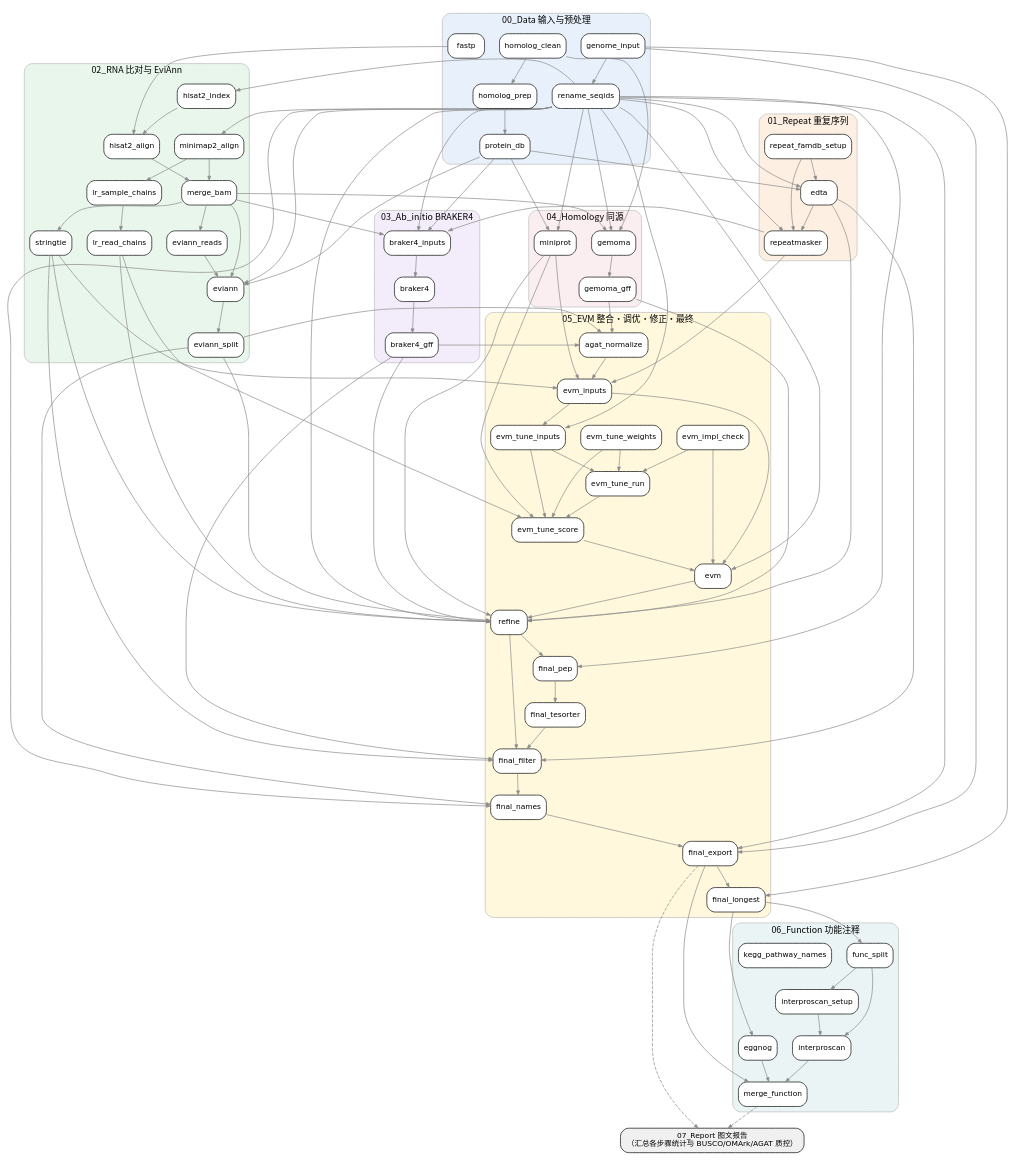
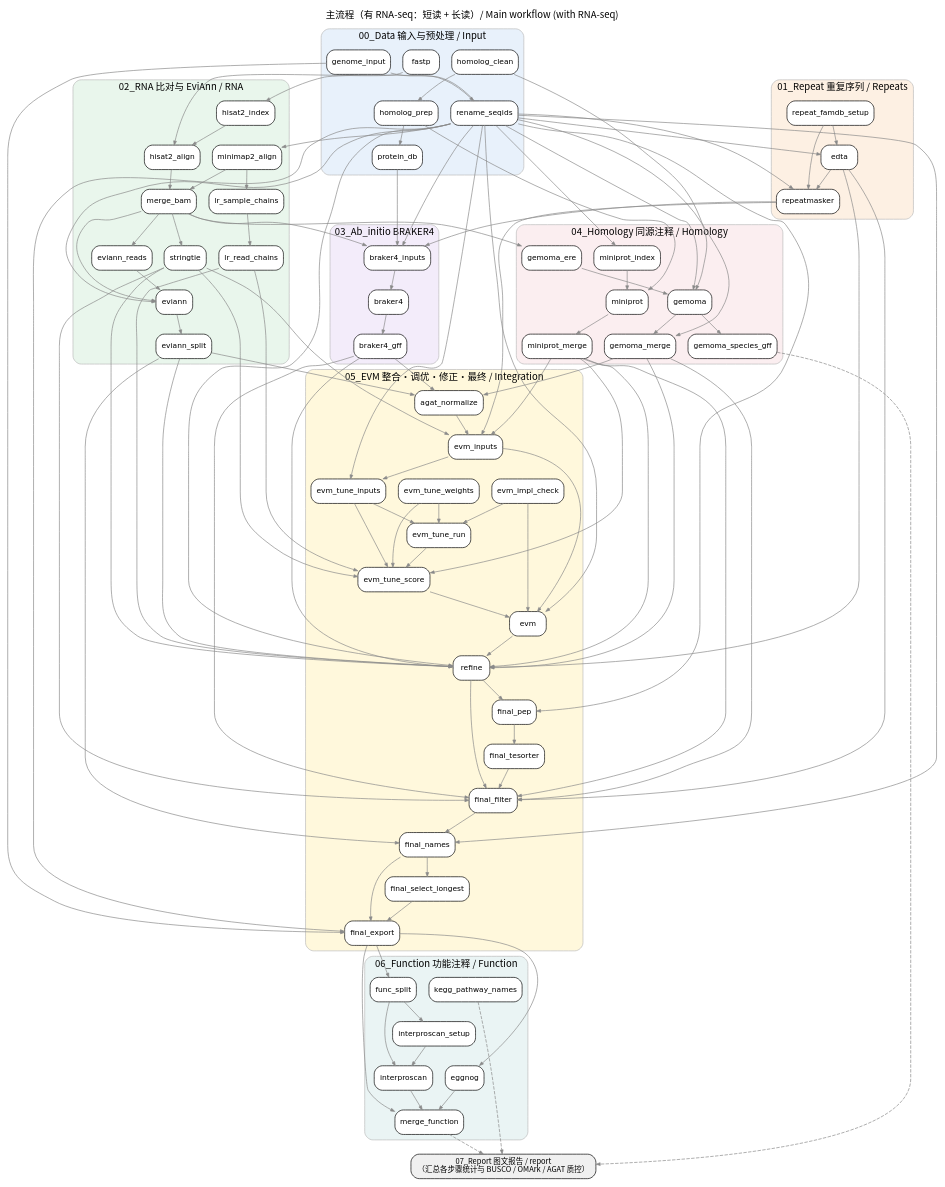
One commit to JiyangChang/Concordia changed the diagram in docs/workflow_main.dot. Above: the diagram before and after it, drawn with Graphviz. The commit also changed 12 other files, not shown here.

First line of the commit message:
docs: regenerate workflow diagrams from the current rules

```diff
--- a/docs/workflow_main.dot
+++ b/docs/workflow_main.dot
@@ -1,158 +1,169 @@
-digraph main {
-  graph [rankdir=TB, fontname="Noto Sans CJK SC", fontsize=13, nodesep=0.3, ranksep=0.45, compound=true];
+digraph workflow {
+  graph [rankdir=TB, fontname="Noto Sans CJK SC", fontsize=14, nodesep=0.25, ranksep=0.4, labelloc=t, label="主流程（有 RNA-seq：短读 + 长读）/ Main workflow (with RNA-seq)", compound=true];
   node [shape=box, style="rounded,filled", fillcolor=white, fontname="DejaVu Sans", fontsize=11];
   edge [color="#8a8a8a", arrowsize=0.6];
-  subgraph cluster_0 { label="00_Data 输入与预处理"; style="rounded,filled"; fillcolor="#e8f1fb"; color="#bbbbbb";
-    "genome_input";
-    "rename_seqids";
-    "fastp";
-    "homolog_clean";
-    "homolog_prep";
-    "protein_db";
+  subgraph cluster_0 { label="00_Data 输入与预处理 / Input"; style="rounded,filled"; fillcolor="#e8f1fb"; color="#bbbbbb"; fontname="Noto Sans CJK SC";
+    "fastp" [label="fastp"];
+    "genome_input" [label="genome_input"];
+    "homolog_clean" [label="homolog_clean"];
+    "homolog_prep" [label="homolog_prep"];
+    "protein_db" [label="protein_db"];
+    "rename_seqids" [label="rename_seqids"];
   }
-  subgraph cluster_1 { label="01_Repeat 重复序列"; style="rounded,filled"; fillcolor="#fdf0e3"; color="#bbbbbb";
-    "repeat_famdb_setup";
-    "edta";
-    "repeatmasker";
+  subgraph cluster_1 { label="01_Repeat 重复序列 / Repeats"; style="rounded,filled"; fillcolor="#fdf0e3"; color="#bbbbbb"; fontname="Noto Sans CJK SC";
+    "edta" [label="edta"];
+    "repeat_famdb_setup" [label="repeat_famdb_setup"];
+    "repeatmasker" [label="repeatmasker"];
   }
-  subgraph cluster_2 { label="02_RNA 比对与 EviAnn"; style="rounded,filled"; fillcolor="#e9f6ec"; color="#bbbbbb";
-    "hisat2_index";
-    "hisat2_align";
-    "minimap2_align";
-    "merge_bam";
-    "stringtie";
-    "lr_sample_chains";
-    "lr_read_chains";
-    "eviann_reads";
-    "eviann";
-    "eviann_split";
+  subgraph cluster_2 { label="02_RNA 比对与 EviAnn / RNA"; style="rounded,filled"; fillcolor="#e9f6ec"; color="#bbbbbb"; fontname="Noto Sans CJK SC";
+    "eviann" [label="eviann"];
+    "eviann_reads" [label="eviann_reads"];
+    "eviann_split" [label="eviann_split"];
+    "hisat2_align" [label="hisat2_align"];
+    "hisat2_index" [label="hisat2_index"];
+    "lr_read_chains" [label="lr_read_chains"];
+    "lr_sample_chains" [label="lr_sample_chains"];
+    "merge_bam" [label="merge_bam"];
+    "minimap2_align" [label="minimap2_align"];
+    "stringtie" [label="stringtie"];
   }
-  subgraph cluster_3 { label="03_Ab_initio BRAKER4"; style="rounded,filled"; fillcolor="#f3ecfa"; color="#bbbbbb";
-    "braker4_inputs";
-    "braker4";
-    "braker4_gff";
+  subgraph cluster_3 { label="03_Ab_initio BRAKER4"; style="rounded,filled"; fillcolor="#f3ecfa"; color="#bbbbbb"; fontname="Noto Sans CJK SC";
+    "braker4" [label="braker4"];
+    "braker4_gff" [label="braker4_gff"];
+    "braker4_inputs" [label="braker4_inputs"];
   }
-  subgraph cluster_4 { label="04_Homology 同源"; style="rounded,filled"; fillcolor="#fbeef0"; color="#bbbbbb";
-    "gemoma";
-    "gemoma_gff";
-    "miniprot";
+  subgraph cluster_4 { label="04_Homology 同源注释 / Homology"; style="rounded,filled"; fillcolor="#fbeef0"; color="#bbbbbb"; fontname="Noto Sans CJK SC";
+    "gemoma" [label="gemoma"];
+    "gemoma_ere" [label="gemoma_ere"];
+    "gemoma_merge" [label="gemoma_merge"];
+    "gemoma_species_gff" [label="gemoma_species_gff"];
+    "miniprot" [label="miniprot"];
+    "miniprot_index" [label="miniprot_index"];
+    "miniprot_merge" [label="miniprot_merge"];
   }
-  subgraph cluster_5 { label="05_EVM 整合·调优·修正·最终"; style="rounded,filled"; fillcolor="#fff8dc"; color="#bbbbbb";
-    "agat_normalize";
-    "evm_inputs";
-    "evm_impl_check";
-    "evm_tune_inputs";
-    "evm_tune_weights";
-    "evm_tune_run";
-    "evm_tune_score";
-    "evm";
-    "refine";
-    "final_pep";
-    "final_tesorter";
-    "final_filter";
-    "final_names";
-    "final_export";
-    "final_longest";
+  subgraph cluster_5 { label="05_EVM 整合·调优·修正·最终 / Integration"; style="rounded,filled"; fillcolor="#fff8dc"; color="#bbbbbb"; fontname="Noto Sans CJK SC";
+    "agat_normalize" [label="agat_normalize"];
+    "evm" [label="evm"];
+    "evm_impl_check" [label="evm_impl_check"];
+    "evm_inputs" [label="evm_inputs"];
+    "evm_tune_inputs" [label="evm_tune_inputs"];
+    "evm_tune_run" [label="evm_tune_run"];
+    "evm_tune_score" [label="evm_tune_score"];
+    "evm_tune_weights" [label="evm_tune_weights"];
+    "final_export" [label="final_export"];
+    "final_filter" [label="final_filter"];
+    "final_names" [label="final_names"];
+    "final_pep" [label="final_pep"];
+    "final_select_longest" [label="final_select_longest"];
+    "final_tesorter" [label="final_tesorter"];
+    "refine" [label="refine"];
   }
-  subgraph cluster_6 { label="06_Function 功能注释"; style="rounded,filled"; fillcolor="#eaf4f4"; color="#bbbbbb";
-    "func_split";
-    "interproscan_setup";
-    "interproscan";
-    "eggnog";
-    "kegg_pathway_names";
-    "merge_function";
+  subgraph cluster_6 { label="06_Function 功能注释 / Function"; style="rounded,filled"; fillcolor="#eaf4f4"; color="#bbbbbb"; fontname="Noto Sans CJK SC";
+    "eggnog" [label="eggnog"];
+    "func_split" [label="func_split"];
+    "interproscan" [label="interproscan"];
+    "interproscan_setup" [label="interproscan_setup"];
+    "kegg_pathway_names" [label="kegg_pathway_names"];
+    "merge_function" [label="merge_function"];
   }
-  report [label="07_Report 图文报告\n（汇总各步骤统计与 BUSCO/OMArk/AGAT 质控）", shape=box, style="rounded,filled", fillcolor="#f0f0f0"];
+  report [label="07_Report 图文报告 / report\n（汇总各步骤统计与 BUSCO / OMArk / AGAT 质控）", fillcolor="#f0f0f0", fontname="Noto Sans CJK SC"];
+  "gemoma_species_gff" -> report [style=dashed];
+  "kegg_pathway_names" -> report [style=dashed];
+  "merge_function" -> report [style=dashed];
   "agat_normalize" -> "evm_inputs";
   "braker4" -> "braker4_gff";
   "braker4_gff" -> "agat_normalize";
   "braker4_gff" -> "final_filter";
   "braker4_gff" -> "refine";
   "braker4_inputs" -> "braker4";
   "edta" -> "final_filter";
   "edta" -> "refine";
   "edta" -> "repeatmasker";
   "eggnog" -> "merge_function";
   "eviann" -> "eviann_split";
   "eviann_reads" -> "eviann";
   "eviann_split" -> "agat_normalize";
   "eviann_split" -> "final_names";
   "eviann_split" -> "refine";
   "evm" -> "refine";
   "evm_impl_check" -> "evm";
   "evm_impl_check" -> "evm_tune_run";
   "evm_inputs" -> "evm";
   "evm_inputs" -> "evm_tune_inputs";
   "evm_tune_inputs" -> "evm_tune_run";
   "evm_tune_inputs" -> "evm_tune_score";
   "evm_tune_run" -> "evm_tune_score";
   "evm_tune_score" -> "evm";
   "evm_tune_weights" -> "evm_tune_run";
   "evm_tune_weights" -> "evm_tune_score";
   "fastp" -> "hisat2_align";
-  "final_export" -> "final_longest";
+  "final_export" -> "eggnog";
+  "final_export" -> "func_split";
   "final_export" -> "merge_function";
   "final_filter" -> "final_names";
-  "final_longest" -> "eggnog";
-  "final_longest" -> "func_split";
   "final_names" -> "final_export";
+  "final_names" -> "final_select_longest";
   "final_pep" -> "final_tesorter";
+  "final_select_longest" -> "final_export";
   "final_tesorter" -> "final_filter";
   "func_split" -> "interproscan";
   "func_split" -> "interproscan_setup";
-  "gemoma" -> "gemoma_gff";
-  "gemoma_gff" -> "agat_normalize";
-  "gemoma_gff" -> "refine";
+  "gemoma" -> "gemoma_merge";
+  "gemoma" -> "gemoma_species_gff";
+  "gemoma_ere" -> "gemoma";
+  "gemoma_merge" -> "agat_normalize";
+  "gemoma_merge" -> "final_filter";
+  "gemoma_merge" -> "refine";
   "genome_input" -> "final_export";
-  "genome_input" -> "final_longest";
   "genome_input" -> "rename_seqids";
   "hisat2_align" -> "merge_bam";
   "hisat2_index" -> "hisat2_align";
   "homolog_clean" -> "gemoma";
   "homolog_clean" -> "homolog_prep";
+  "homolog_prep" -> "miniprot";
   "homolog_prep" -> "protein_db";
   "interproscan" -> "merge_function";
   "interproscan_setup" -> "interproscan";
   "lr_read_chains" -> "evm_tune_score";
   "lr_read_chains" -> "refine";
   "lr_sample_chains" -> "lr_read_chains";
   "merge_bam" -> "braker4_inputs";
   "merge_bam" -> "eviann";
   "merge_bam" -> "eviann_reads";
-  "merge_bam" -> "gemoma";
+  "merge_bam" -> "gemoma_ere";
   "merge_bam" -> "stringtie";
   "minimap2_align" -> "lr_sample_chains";
   "minimap2_align" -> "merge_bam";
-  "miniprot" -> "evm_inputs";
-  "miniprot" -> "evm_tune_score";
-  "miniprot" -> "refine";
+  "miniprot" -> "miniprot_merge";
+  "miniprot_index" -> "miniprot";
+  "miniprot_merge" -> "evm_inputs";
+  "miniprot_merge" -> "evm_tune_score";
+  "miniprot_merge" -> "final_filter";
+  "miniprot_merge" -> "refine";
   "protein_db" -> "braker4_inputs";
-  "protein_db" -> "edta";
-  "protein_db" -> "eviann";
-  "protein_db" -> "miniprot";
   "refine" -> "final_filter";
   "refine" -> "final_pep";
   "rename_seqids" -> "braker4_inputs";
   "rename_seqids" -> "edta";
   "rename_seqids" -> "eviann";
   "rename_seqids" -> "evm";
   "rename_seqids" -> "evm_tune_inputs";
   "rename_seqids" -> "final_export";
   "rename_seqids" -> "final_names";
   "rename_seqids" -> "final_pep";
   "rename_seqids" -> "gemoma";
+  "rename_seqids" -> "gemoma_merge";
   "rename_seqids" -> "hisat2_index";
   "rename_seqids" -> "minimap2_align";
-  "rename_seqids" -> "miniprot";
+  "rename_seqids" -> "miniprot_index";
   "rename_seqids" -> "refine";
   "rename_seqids" -> "repeatmasker";
   "repeat_famdb_setup" -> "edta";
   "repeat_famdb_setup" -> "repeatmasker";
   "repeatmasker" -> "braker4_inputs";
   "repeatmasker" -> "evm_inputs";
   "stringtie" -> "evm_inputs";
+  "stringtie" -> "evm_tune_score";
   "stringtie" -> "final_filter";
   "stringtie" -> "refine";
-  "final_export" -> report [style=dashed];
-  "merge_function" -> report [style=dashed];
 }
```
